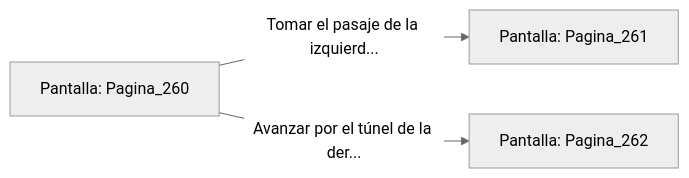
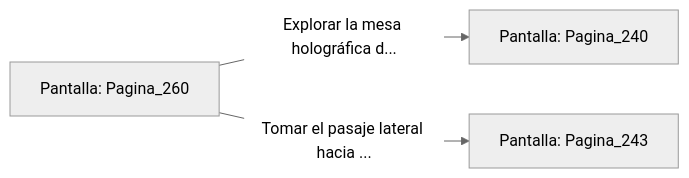
One commit to metsuke/mpl changed the diagram in sample/eligejuego-vault/Pantalla_Pagina_260.md. Above: the diagram before and after it, drawn with Mermaid (neutral theme). The commit also changed other lines of this file and 635 other files, not shown here.

First line of the commit message:
fix: añadir Pagina_1 como pantalla inicial en capitulo_01.mpl

````diff
--- a/sample/eligejuego-vault/Pantalla_Pagina_260.md
+++ b/sample/eligejuego-vault/Pantalla_Pagina_260.md
@@ -20,6 +22,6 @@
 ```mermaid
 graph LR
     P_Pagina_260["Pantalla: Pagina_260"]
-    P_Pagina_260 -->|"Tomar el pasaje de la izquierd..."| P_Pagina_261["Pantalla: Pagina_261"]
-    P_Pagina_260 -->|"Avanzar por el túnel de la der..."| P_Pagina_262["Pantalla: Pagina_262"]
+    P_Pagina_260 -->|"Explorar la mesa holográfica d..."| P_Pagina_240["Pantalla: Pagina_240"]
+    P_Pagina_260 -->|"Tomar el pasaje lateral hacia ..."| P_Pagina_243["Pantalla: Pagina_243"]
 ```
````
